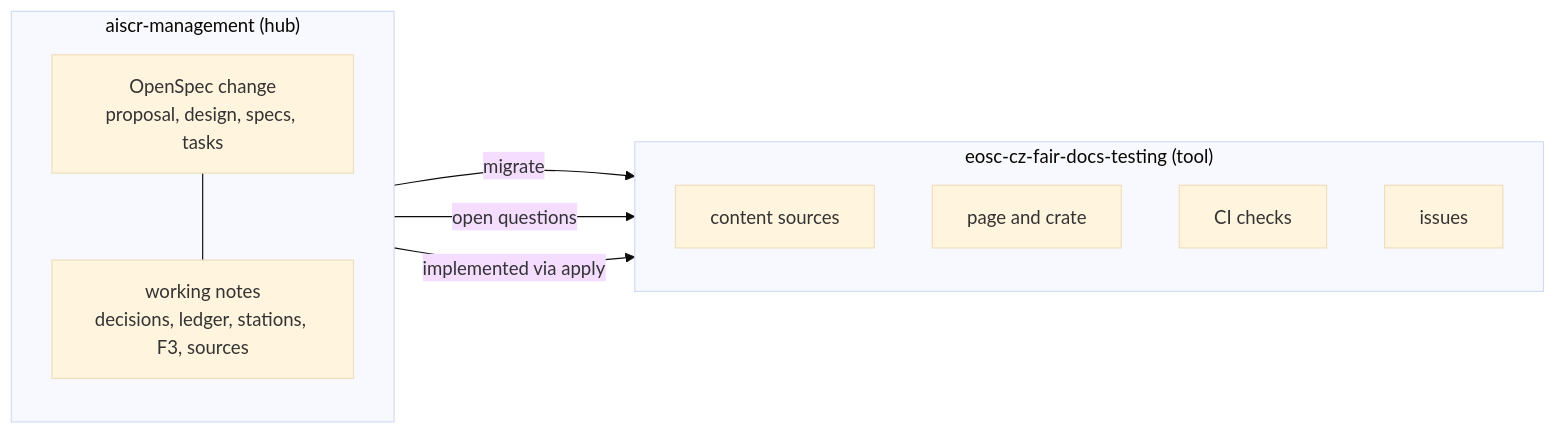
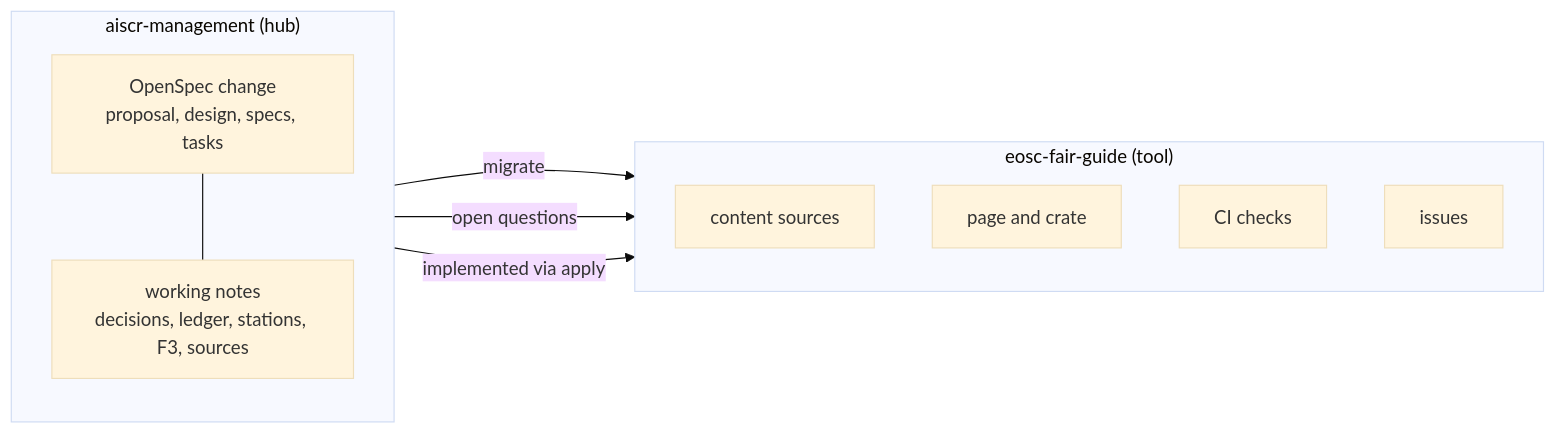
One commit to dsw-nrp/eosc-fair-guide changed the second of 8 diagrams in docs/design.md. Above: the diagram before and after it, drawn with Mermaid (base theme). The commit also changed other lines of this file and 9 other files, not shown here.

First line of the commit message:
chore: rename the repository to eosc-fair-guide

````diff
--- a/docs/design.md
+++ b/docs/design.md
@@ -97,21 +97,21 @@
 ```mermaid
 flowchart LR
   accTitle: Where things live
   accDescr: The hub holds the OpenSpec change and the working notes. Implementation lands in this repository, where the notes become content sources and the open questions become issues.
   subgraph HUB["aiscr-management (hub)"]
     direction TB
     CH["OpenSpec change<br/>proposal, design, specs, tasks"]
     NOTES["working notes<br/>decisions, ledger, stations, F3, sources"]
     CH --- NOTES
   end
-  subgraph TOOL["eosc-cz-fair-docs-testing (tool)"]
+  subgraph TOOL["eosc-fair-guide (tool)"]
     direction TB
     SRC[content sources]
     PAGE[page and crate]
     CIX[CI checks]
     ISS[issues]
   end
   CH -- implemented via apply --> TOOL
   NOTES -- migrate --> SRC
   NOTES -- open questions --> ISS
 ```
````
